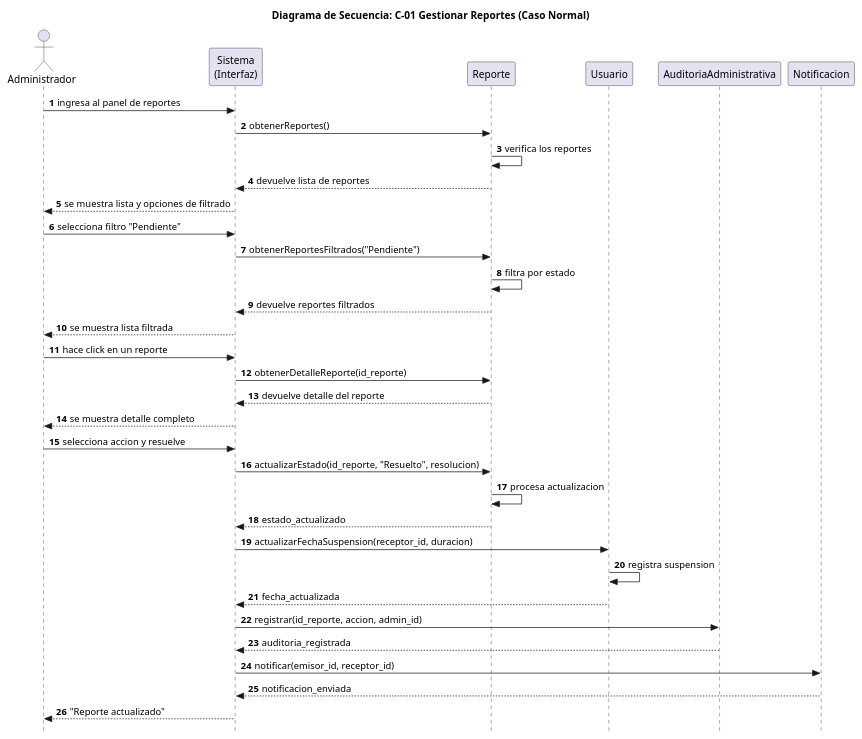
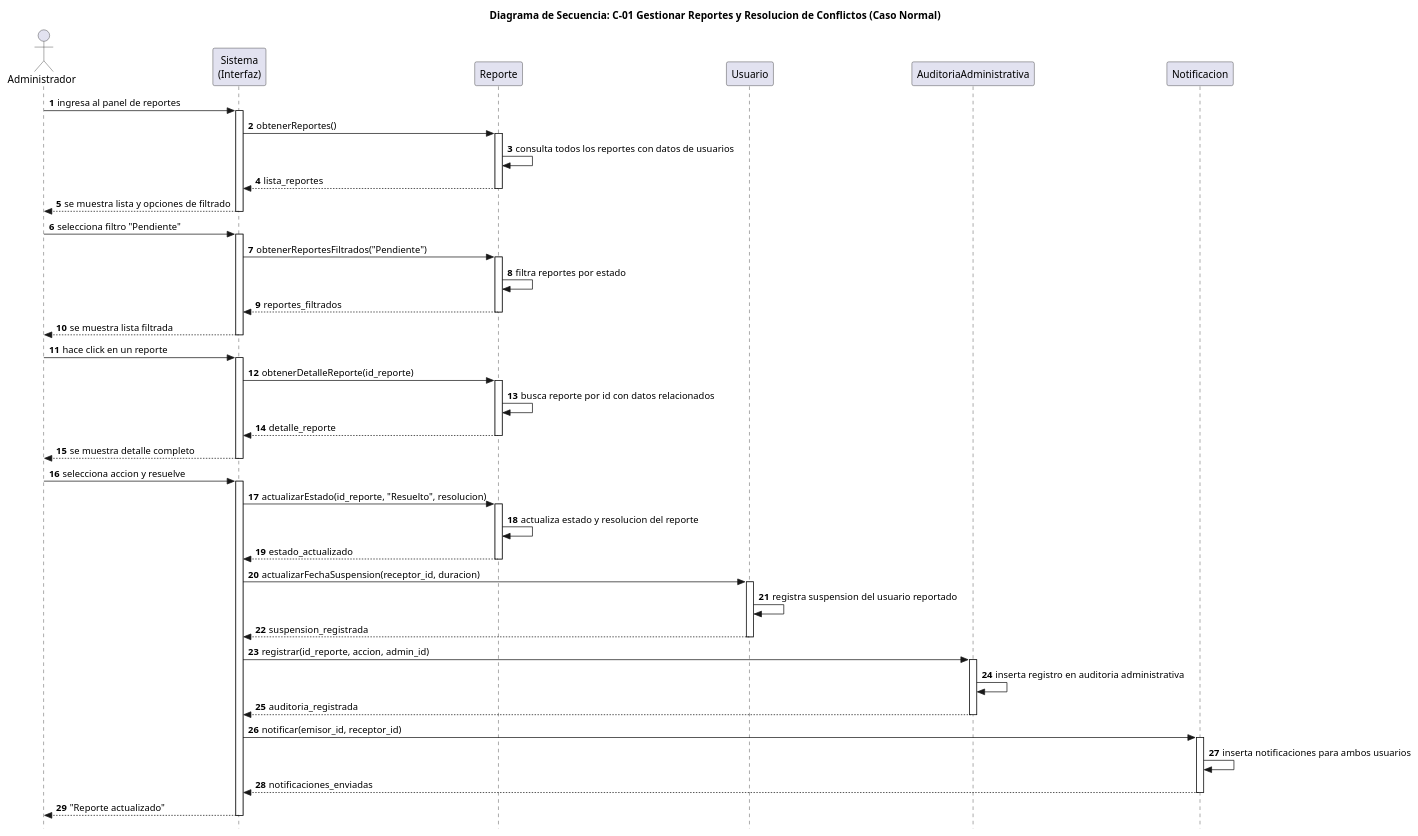
The diagram in docs/puml/C-01GestionarReportesyResolucióndeConflictos(Caso Normal).puml (SantiagoScetti/sic-unne-admin), drawn with PlantUML before and after one commit. The commit also changed 5 other files, not shown here.

Commit message:
docs: refinamiento de PlantUML DS

```diff
--- a/docs/puml/C-01GestionarReportesyResolucióndeConflictos(Caso Normal).puml
+++ b/docs/puml/C-01GestionarReportesyResolucióndeConflictos(Caso Normal).puml
@@ -1,37 +1,85 @@
 @startuml
-title Diagrama de Secuencia: C-01 Gestionar Reportes (Caso Normal)
+
+title Diagrama de Secuencia: C-01 Gestionar Reportes y Resolucion de Conflictos (Caso Normal)
+
 skinparam style strictuml
+skinparam ParticipantPadding 40
+skinparam BoxPadding 20
+
 autonumber
+
 actor Administrador
-participant "Sistema\n(Interfaz)" as Interfaz
-participant "Reporte" as R
-participant "Usuario" as U
-participant "AuditoriaAdministrativa" as A
-participant "Notificacion" as N
+
+participant "Sistema\n(Interfaz)"        as Interfaz
+participant "Reporte"                    as R
+participant "Usuario"                    as U
+participant "AuditoriaAdministrativa"    as A
+participant "Notificacion"               as N
+
 Administrador -> Interfaz: ingresa al panel de reportes
+activate Interfaz
+
 Interfaz -> R: obtenerReportes()
-R -> R: verifica los reportes
-R --> Interfaz: devuelve lista de reportes
+activate R
+R -> R: consulta todos los reportes con datos de usuarios
+Interfaz <-- R: lista_reportes
+deactivate R
+
 Interfaz --> Administrador: se muestra lista y opciones de filtrado
+deactivate Interfaz
+
 Administrador -> Interfaz: selecciona filtro "Pendiente"
+activate Interfaz
+
 Interfaz -> R: obtenerReportesFiltrados("Pendiente")
-R -> R: filtra por estado
-R --> Interfaz: devuelve reportes filtrados
+activate R
+R -> R: filtra reportes por estado
+Interfaz <-- R: reportes_filtrados
+deactivate R
+
 Interfaz --> Administrador: se muestra lista filtrada
+deactivate Interfaz
+
 Administrador -> Interfaz: hace click en un reporte
+activate Interfaz
+
 Interfaz -> R: obtenerDetalleReporte(id_reporte)
-R --> Interfaz: devuelve detalle del reporte
+activate R
+R -> R: busca reporte por id con datos relacionados
+Interfaz <-- R: detalle_reporte
+deactivate R
+
 Interfaz --> Administrador: se muestra detalle completo
+deactivate Interfaz
+
 Administrador -> Interfaz: selecciona accion y resuelve
+activate Interfaz
+
 Interfaz -> R: actualizarEstado(id_reporte, "Resuelto", resolucion)
-R -> R: procesa actualizacion
-R --> Interfaz: estado_actualizado
+activate R
+R -> R: actualiza estado y resolucion del reporte
+Interfaz <-- R: estado_actualizado
+deactivate R
+
 Interfaz -> U: actualizarFechaSuspension(receptor_id, duracion)
-U -> U: registra suspension
-U --> Interfaz: fecha_actualizada
+activate U
+U -> U: registra suspension del usuario reportado
+Interfaz <-- U: suspension_registrada
+deactivate U
+
 Interfaz -> A: registrar(id_reporte, accion, admin_id)
-A --> Interfaz: auditoria_registrada
+activate A
+A -> A: inserta registro en auditoria administrativa
+Interfaz <-- A: auditoria_registrada
+deactivate A
+
 Interfaz -> N: notificar(emisor_id, receptor_id)
-N --> Interfaz: notificacion_enviada
+activate N
+N -> N: inserta notificaciones para ambos usuarios
+Interfaz <-- N: notificaciones_enviadas
+deactivate N
+
 Interfaz --> Administrador: "Reporte actualizado"
+deactivate Interfaz
+
 @enduml
```
